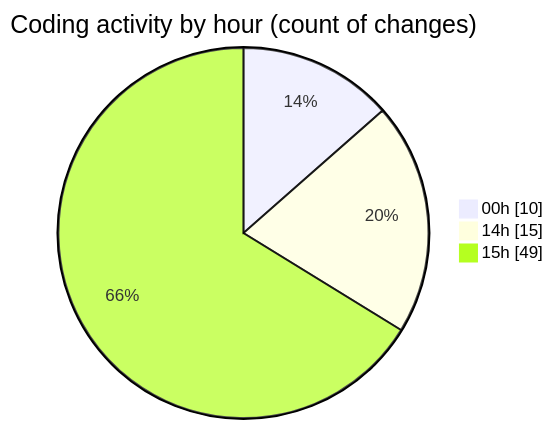
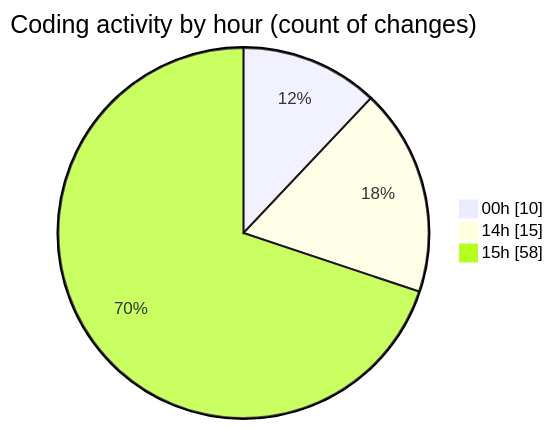
The second of 2 diagrams in 2025-04-07/echo/README.md (Netris89/code-tracking), drawn with Mermaid before and after one commit. The commit also changed other lines of this file and 1 other file, not shown here.

````diff
--- a/2025-04-07/echo/README.md
+++ b/2025-04-07/echo/README.md
@@ -37,7 +38,7 @@
 ```mermaid
 pie showData
 title Coding activity by hour (count of changes)
 "00h" : 10
 "14h" : 15
-"15h" : 49
+"15h" : 58
 ```
````
